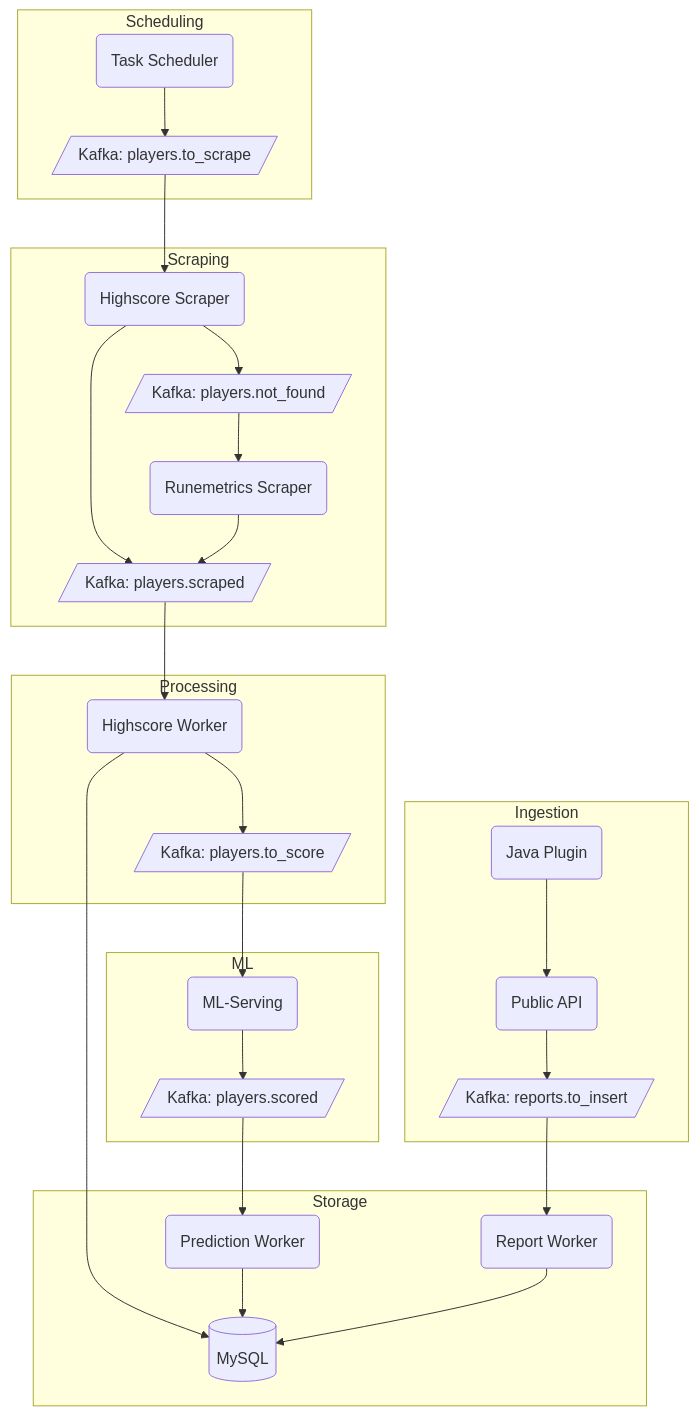
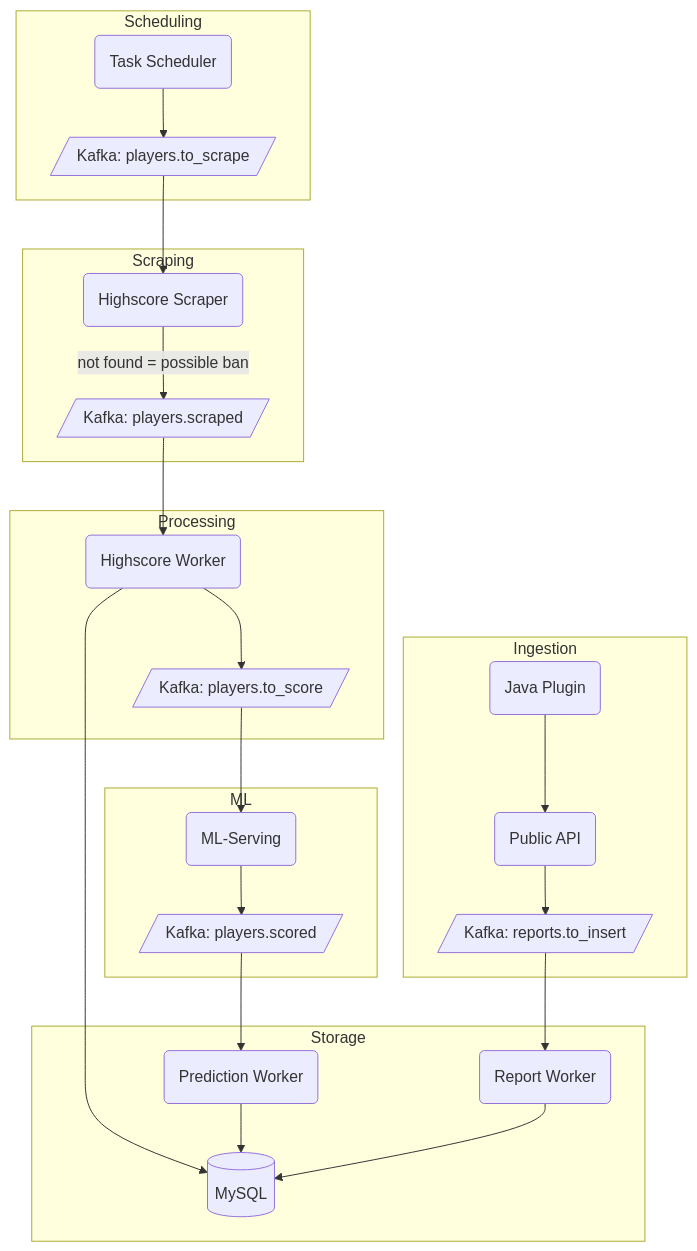
The diagram in README.md (Bot-detector/bot_detector), drawn with Mermaid before and after one commit. The commit also changed 15 other files, not shown here.

First line of the commit message:
broadcast possible bans: runemetrics validation is gone

````diff
--- a/README.md
+++ b/README.md
@@ -98,41 +98,38 @@
 ```mermaid
 flowchart TD
     subgraph Ingestion
         JavaPlugin(Java Plugin)
         PublicAPI(Public API)
         JavaPlugin --> PublicAPI
         PublicAPI --> KafkaReports[/"Kafka: reports.to_insert"/]
     end
 
     subgraph Scheduling
         TaskScheduler(Task Scheduler)
         TaskScheduler --> KafkaToScrape[/"Kafka: players.to_scrape"/]
     end
 
     subgraph Scraping
         KafkaToScrape --> HighscoreScraper(Highscore Scraper)
-        HighscoreScraper --> KafkaNotFound[/"Kafka: players.not_found"/]
-        HighscoreScraper --> KafkaScraped[/"Kafka: players.scraped"/]
-        KafkaNotFound --> RunemetricsScraper(Runemetrics Scraper)
-        RunemetricsScraper --> KafkaScraped
+        HighscoreScraper -->|"not found = possible ban"| KafkaScraped[/"Kafka: players.scraped"/]
     end
 
     subgraph Processing
         KafkaScraped --> HighscoreWorker(Highscore Worker)
         HighscoreWorker --> KafkaForML[/"Kafka: players.to_score"/]
     end
 
     subgraph ML
         KafkaForML --> MLServing(ML-Serving)
         MLServing --> KafkaPredictions[/"Kafka: players.scored"/]
     end
 
     subgraph Storage
         KafkaPredictions --> PredictionWorker(Prediction Worker)
         KafkaReports --> ReportWorker(Report Worker)
 
         HighscoreWorker --> MySQL[(MySQL)]
         PredictionWorker --> MySQL[(MySQL)]
         ReportWorker --> MySQL[(MySQL)]
     end
 ```
````
